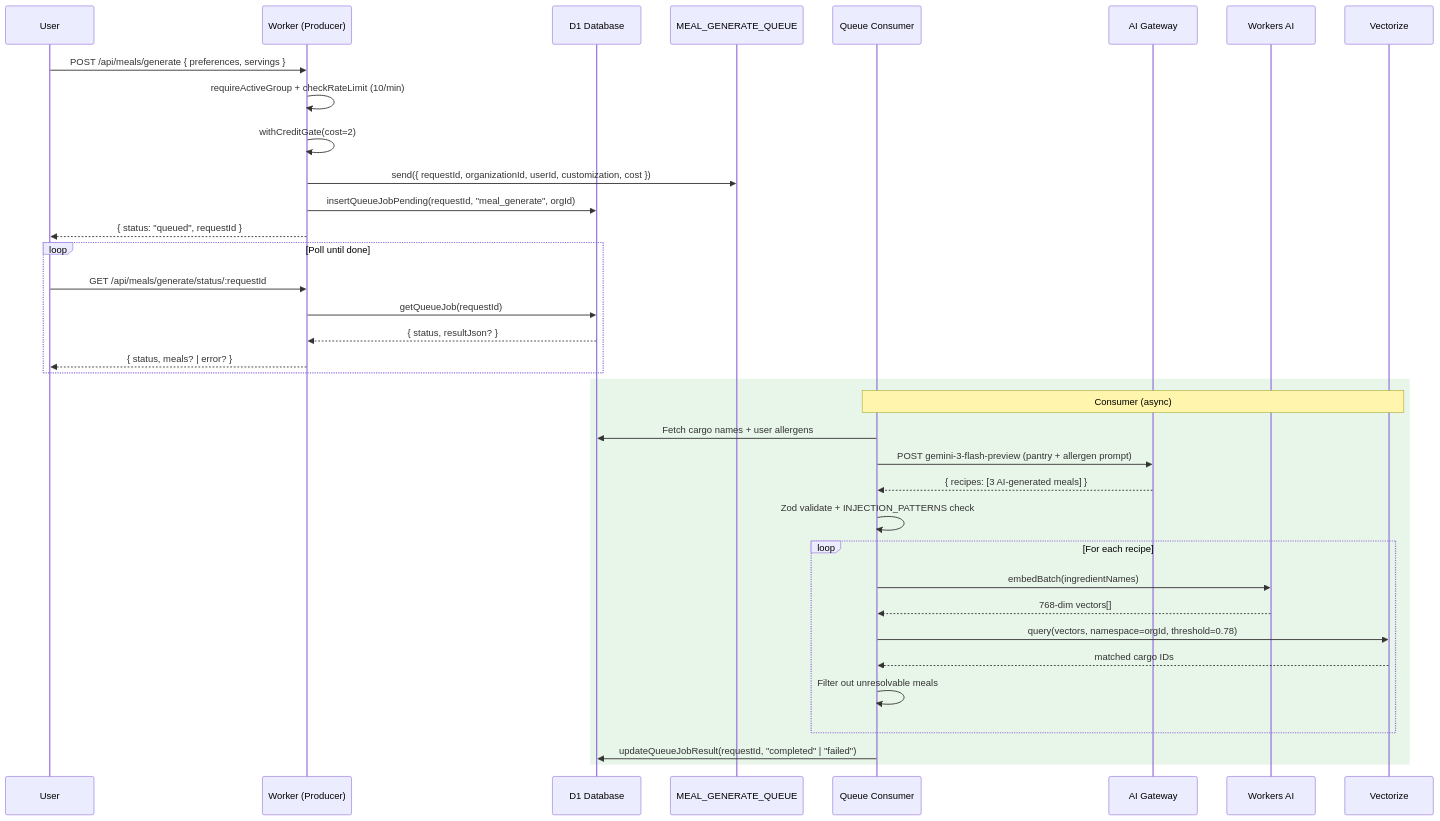
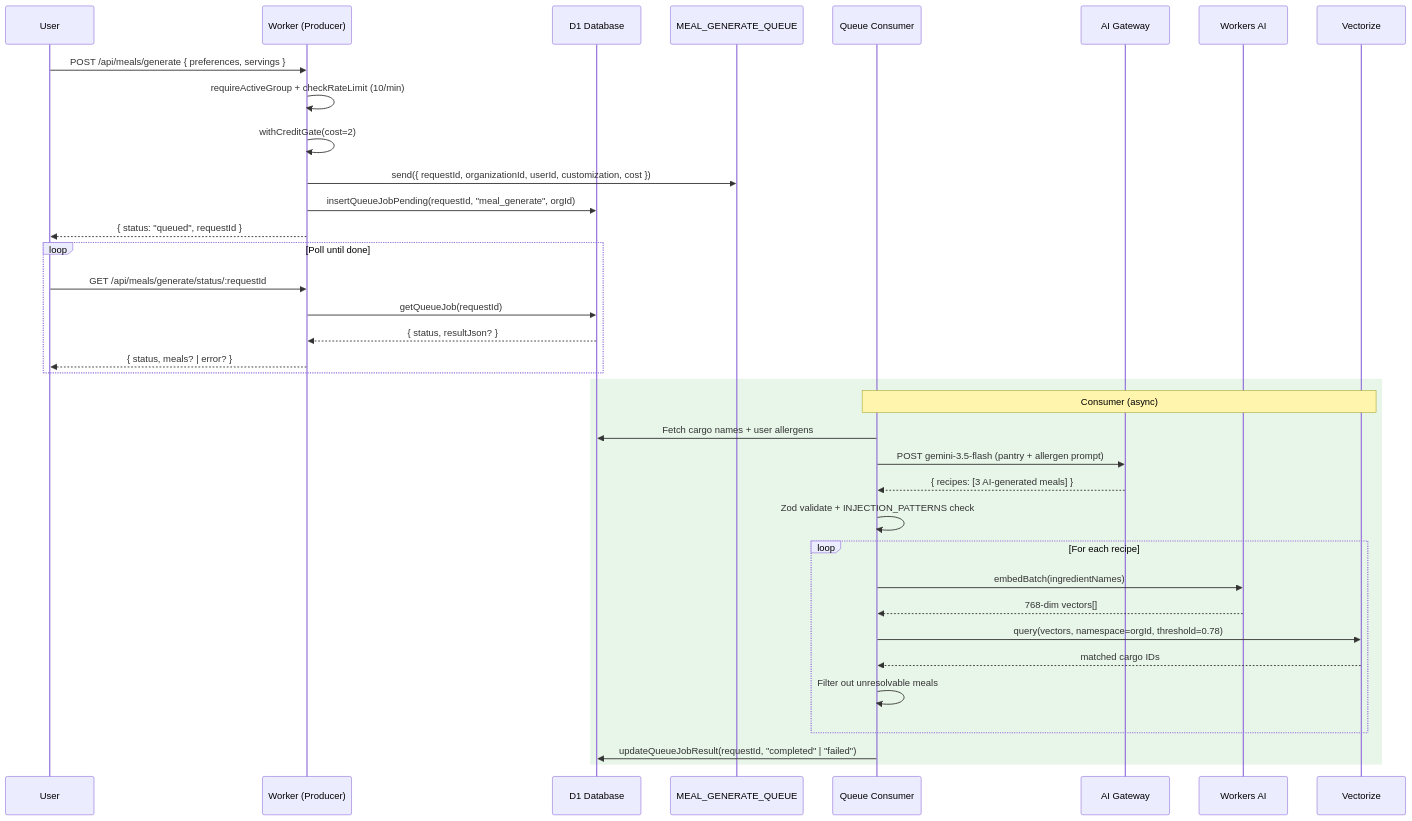
One commit to bjamesdowning/ration-mirror changed the ninth of 21 diagrams in README.md. Above: the diagram before and after it, drawn with Mermaid. The commit also changed other lines of this file and 30 other files, not shown here.

````diff
--- a/README.md
+++ b/README.md
@@ -409,41 +410,41 @@
 ```mermaid
 sequenceDiagram
     participant User as User
     participant Worker as Worker (Producer)
     participant D1 as D1 Database
     participant Queue as MEAL_GENERATE_QUEUE
     participant Consumer as Queue Consumer
     participant AIGateway as AI Gateway
     participant AI as Workers AI
     participant Vectorize as Vectorize
 
     User->>Worker: POST /api/meals/generate { preferences, servings }
     Worker->>Worker: requireActiveGroup + checkRateLimit (10/min)
     Worker->>Worker: withCreditGate(cost=2)
     Worker->>Queue: send({ requestId, organizationId, userId, customization, cost })
     Worker->>D1: insertQueueJobPending(requestId, "meal_generate", orgId)
     Worker-->>User: { status: "queued", requestId }
 
     loop Poll until done
         User->>Worker: GET /api/meals/generate/status/:requestId
         Worker->>D1: getQueueJob(requestId)
         D1-->>Worker: { status, resultJson? }
         Worker-->>User: { status, meals? | error? }
     end
 
     rect rgb(232, 245, 233)
         Note over Consumer,Vectorize: Consumer (async)
         Consumer->>D1: Fetch cargo names + user allergens
-        Consumer->>AIGateway: POST gemini-3-flash-preview (pantry + allergen prompt)
+        Consumer->>AIGateway: POST gemini-3.5-flash (pantry + allergen prompt)
         AIGateway-->>Consumer: { recipes: [3 AI-generated meals] }
         Consumer->>Consumer: Zod validate + INJECTION_PATTERNS check
         loop For each recipe
             Consumer->>AI: embedBatch(ingredientNames)
             AI-->>Consumer: 768-dim vectors[]
             Consumer->>Vectorize: query(vectors, namespace=orgId, threshold=0.78)
             Vectorize-->>Consumer: matched cargo IDs
             Consumer->>Consumer: Filter out unresolvable meals
         end
         Consumer->>D1: updateQueueJobResult(requestId, "completed" | "failed")
     end
 ```
````
